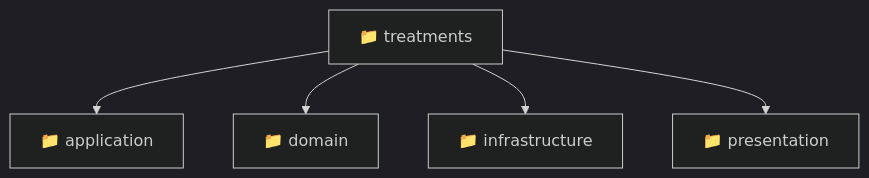
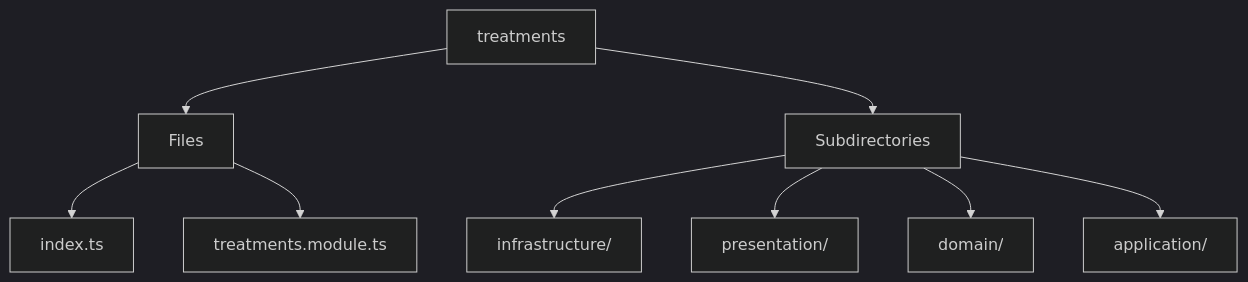
The diagram in backend/src/modules/treatments/README.md (beginwebdev2002/fullstack-mavluda), drawn with Mermaid (dark theme) before and after one commit. The commit also changed other lines of this file and 167 other files, not shown here.

````diff
--- a/backend/src/modules/treatments/README.md
+++ b/backend/src/modules/treatments/README.md
@@ -9,8 +12,11 @@
 ```mermaid
 graph TD
-  treatments["📁 treatments"]
-  treatments --> application["📁 application"]
-  treatments --> domain["📁 domain"]
-  treatments --> infrastructure["📁 infrastructure"]
-  treatments --> presentation["📁 presentation"]
+  treatments --> Files
+  Files --> index_ts[index.ts]
+  Files --> treatments_module_ts[treatments.module.ts]
+  treatments --> Subdirectories
+  Subdirectories --> infrastructure[infrastructure/]
+  Subdirectories --> presentation[presentation/]
+  Subdirectories --> domain[domain/]
+  Subdirectories --> application[application/]
 ```
````
